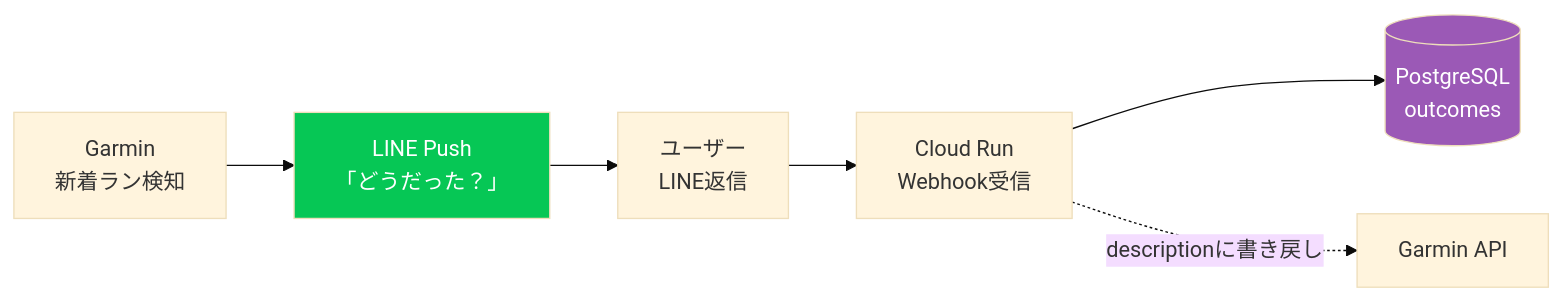
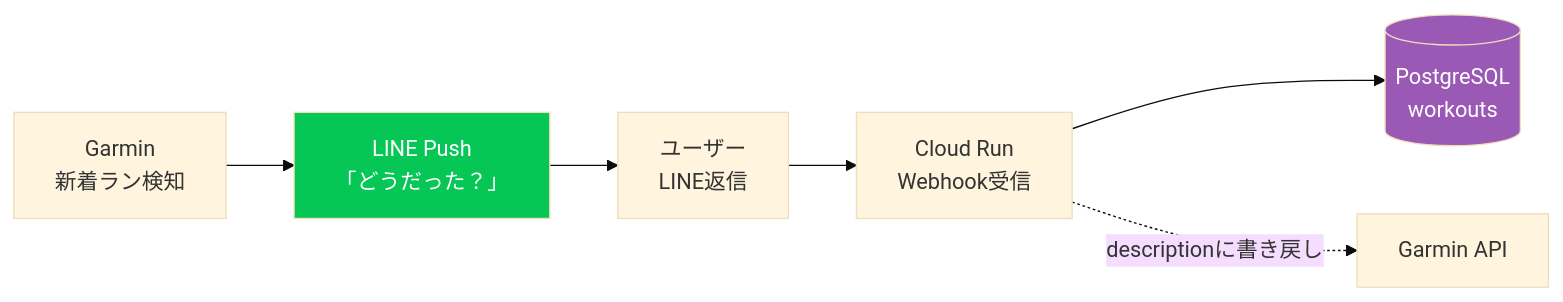
Before and after one commit to fuzztarou/run-coach: the second of 2 diagrams in docs/phase7-line.md, drawn with Mermaid (base theme). The commit also changed other lines of this file and 10 other files, not shown here.

````diff
--- a/docs/phase7-line.md
+++ b/docs/phase7-line.md
@@ -30,11 +30,11 @@
 ```mermaid
 flowchart LR
     G[Garmin<br>新着ラン検知] --> PUSH[LINE Push<br>「どうだった？」]
     PUSH --> U[ユーザー<br>LINE返信]
     U --> WH[Cloud Run<br>Webhook受信]
-    WH --> DB[(PostgreSQL<br>outcomes)]
+    WH --> DB[(PostgreSQL<br>workouts)]
     WH -.->|descriptionに書き戻し| G2[Garmin API]
 
     style PUSH fill:#06C755,color:#fff
     style DB fill:#9b59b6,color:#fff
 ```
````
